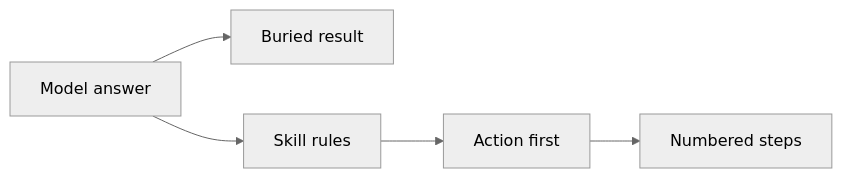
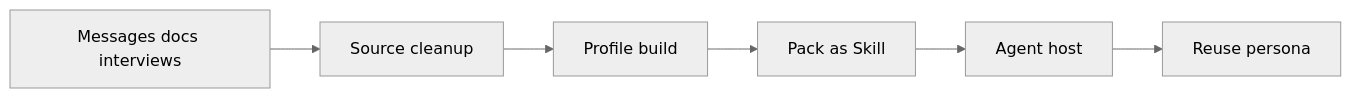
One commit to Solvement/jarvis-digest changed diagram 18 of 18 in digests/2026-09-02.md. Above: the diagram before and after it, drawn with Mermaid (neutral theme). The commit also changed other lines of this file and 4 other files, not shown here.

````diff
--- a/digests/2026-09-02.md
+++ b/digests/2026-09-02.md
@@ -516,12 +514,8 @@
 ```mermaid
 graph LR
-A[Model answer]
-B[Buried result]
-C[Skill rules]
-D[Action first]
-E[Numbered steps]
-A-->B
-A-->C
-C-->D
-D-->E
+A[Messages docs interviews] --> B[Source cleanup]
+B --> C[Profile build]
+C --> D[Pack as Skill]
+D --> E[Agent host]
+E --> F[Reuse persona]
 ```
````
